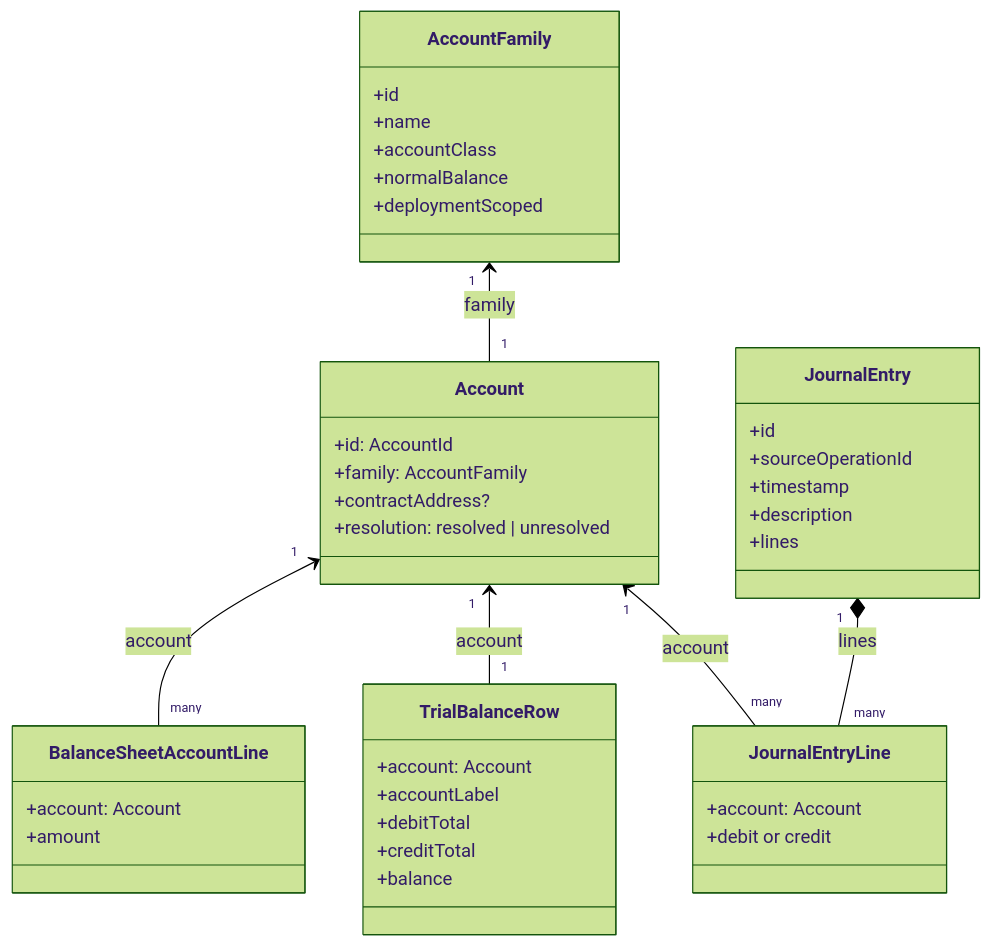
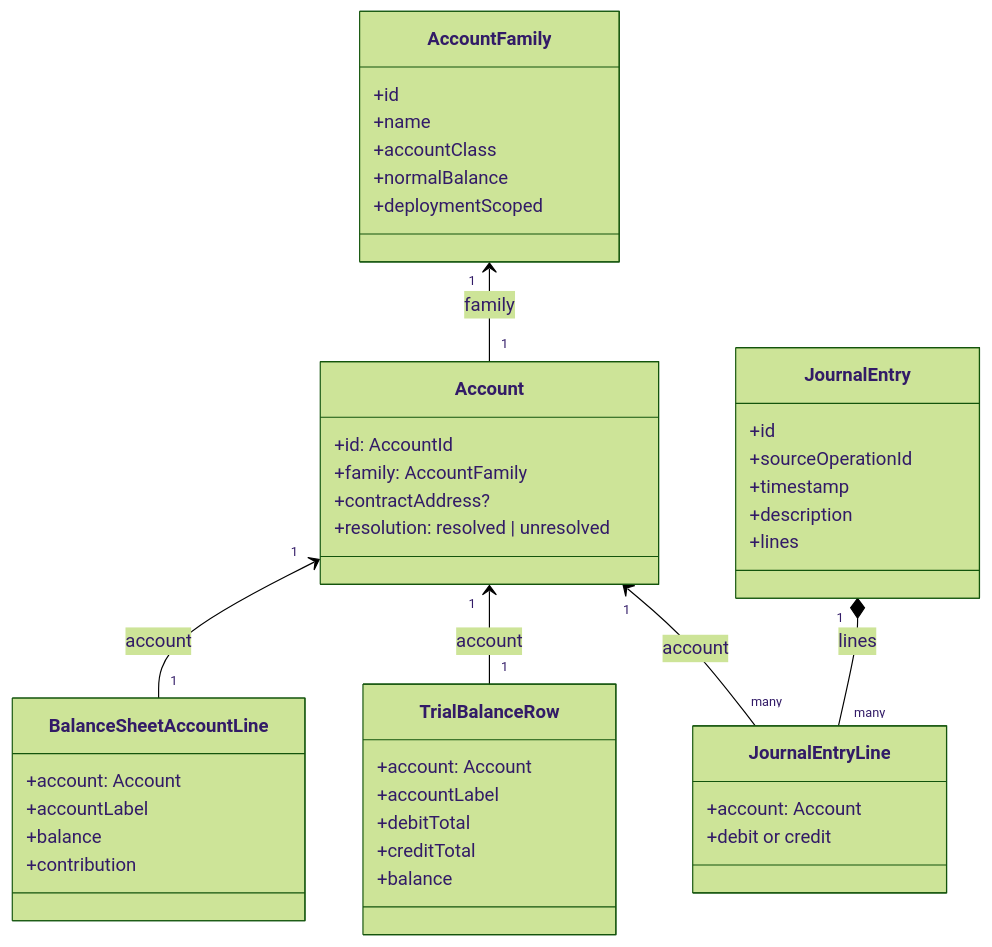
Before and after one commit to globe-and-citizen/cnc-portal: the third of 5 diagrams in docs/implementation/accounting-read-model/README.md, drawn with Mermaid (forest theme). The commit also changed other lines of this file and 2 other files, not shown here.

Commit message:
docs: 📝 document balance sheet account reconciliation

````diff
--- a/docs/implementation/accounting-read-model/README.md
+++ b/docs/implementation/accounting-read-model/README.md
@@ -77,44 +78,46 @@
 ```mermaid
 classDiagram
     class AccountFamily {
         +id
         +name
         +accountClass
         +normalBalance
         +deploymentScoped
     }
     class Account {
         +id: AccountId
         +family: AccountFamily
         +contractAddress?
         +resolution: resolved | unresolved
     }
     class JournalEntry {
         +id
         +sourceOperationId
         +timestamp
         +description
         +lines
     }
     class JournalEntryLine {
         +account: Account
         +debit or credit
     }
     class TrialBalanceRow {
         +account: Account
         +accountLabel
         +debitTotal
         +creditTotal
         +balance
     }
     class BalanceSheetAccountLine {
         +account: Account
-        +amount
+        +accountLabel
+        +balance
+        +contribution
     }
 
     AccountFamily "1" <-- "1" Account : family
     Account "1" <-- "many" JournalEntryLine : account
     JournalEntry "1" *-- "many" JournalEntryLine : lines
     Account "1" <-- "1" TrialBalanceRow : account
-    Account "1" <-- "many" BalanceSheetAccountLine : account
+    Account "1" <-- "1" BalanceSheetAccountLine : account
 ```
````
